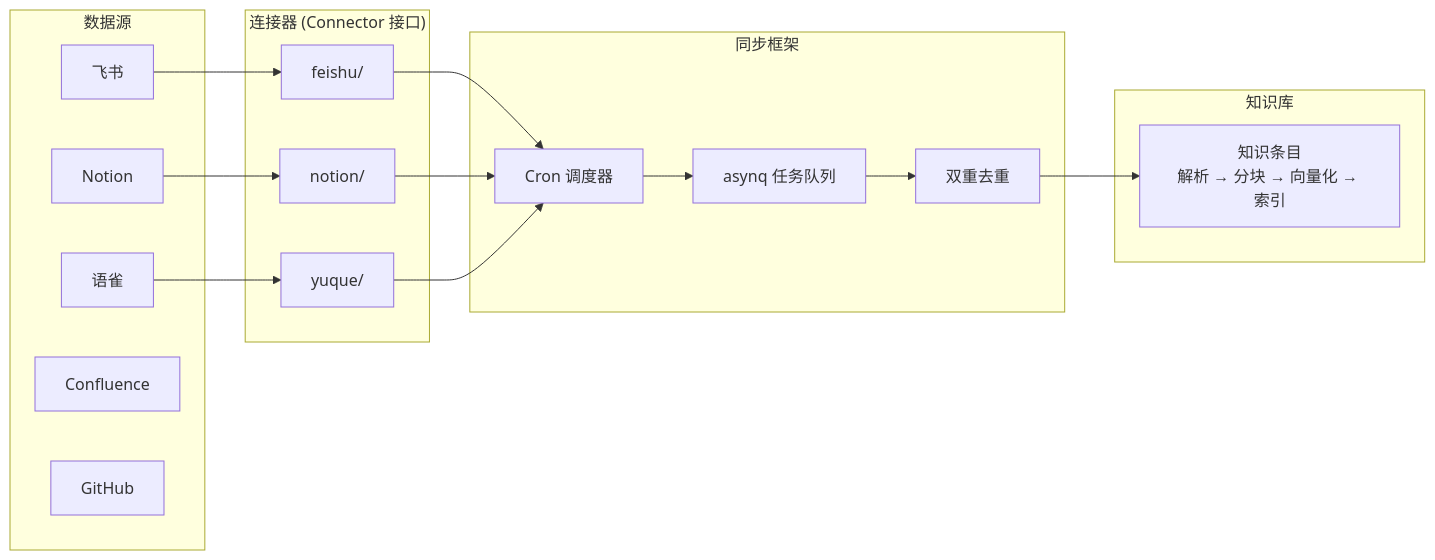
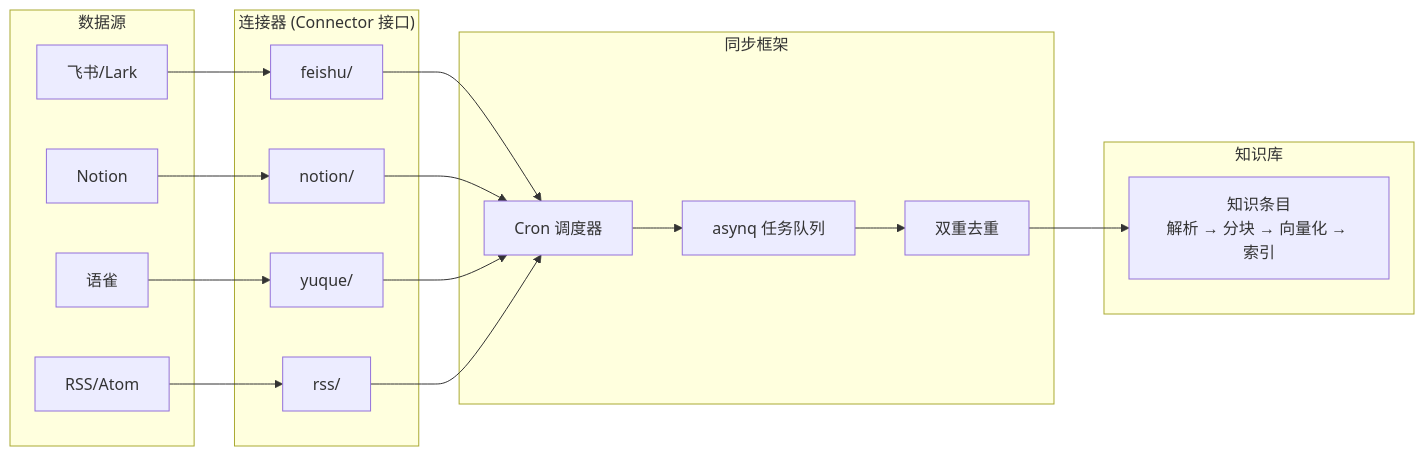
Before and after one commit to morehao/oss-insights: the third of 3 diagrams in rag/weknora/README.md, drawn with Mermaid. The commit also changed other lines of this file and 9 other files, not shown here.

Commit message:
docs: add openworker architecture docs and refine weknora readme

````diff
--- a/rag/weknora/README.md
+++ b/rag/weknora/README.md
@@ -573,33 +614,35 @@
 ```mermaid
 graph LR
     subgraph "数据源"
-        Feishu["飞书"]
+        Feishu["飞书/Lark"]
         Notion["Notion"]
         Yuque["语雀"]
-        Confluence["Confluence"]
-        GitHub["GitHub"]
+        RSS["RSS/Atom"]
     end
     subgraph "连接器 (Connector 接口)"
         C1["feishu/"]
         C2["notion/"]
         C3["yuque/"]
+        C4["rss/"]
     end
     subgraph "同步框架"
         Scheduler["Cron 调度器"]
         ASYNQ["asynq 任务队列"]
         DeDup["双重去重"]
     end
     subgraph "知识库"
         KB["知识条目<br/>解析 → 分块 → 向量化 → 索引"]
     end
 
     Feishu --> C1
     Notion --> C2
     Yuque --> C3
+    RSS --> C4
     C1 --> Scheduler
     C2 --> Scheduler
     C3 --> Scheduler
+    C4 --> Scheduler
     Scheduler --> ASYNQ
     ASYNQ --> DeDup
     DeDup --> KB
 ```
````
